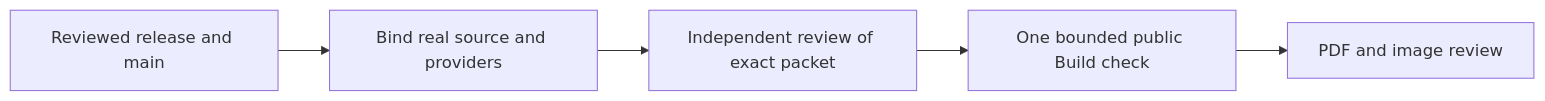
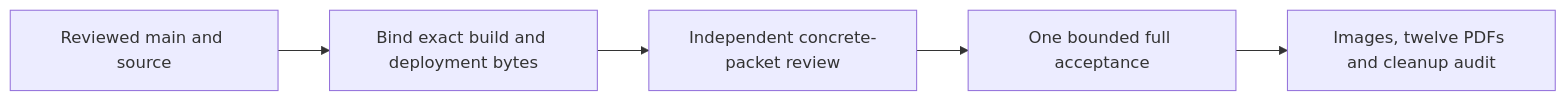
One commit to Valpatel/gyropup changed the diagram in .agents/plans/printable-parts/public-acceptance/README.md. Above: the diagram before and after it, drawn with Mermaid. The commit also changed other lines of this file and 30 other files, not shown here.

Commit message:
Repair checklist acceptance framing and identity with preserved public failures

````diff
--- a/.agents/plans/printable-parts/public-acceptance/README.md
+++ b/.agents/plans/printable-parts/public-acceptance/README.md
@@ -3,7 +3,7 @@
 ```mermaid
 flowchart LR
-    R[Reviewed release and main] --> B[Bind real source and providers]
-    B --> G[Independent review of exact packet]
-    G --> P[One bounded public Build check]
-    P --> A[PDF and image review]
+    S[Reviewed main and source] --> B[Bind exact build and deployment bytes]
+    B --> R[Independent concrete-packet review]
+    R --> E[One bounded full acceptance]
+    E --> A[Images, twelve PDFs and cleanup audit]
 ```
````
